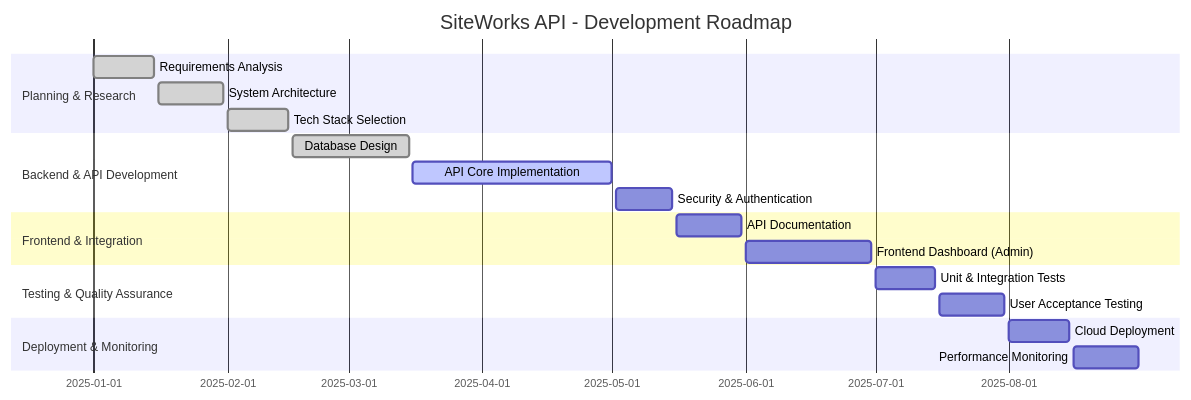
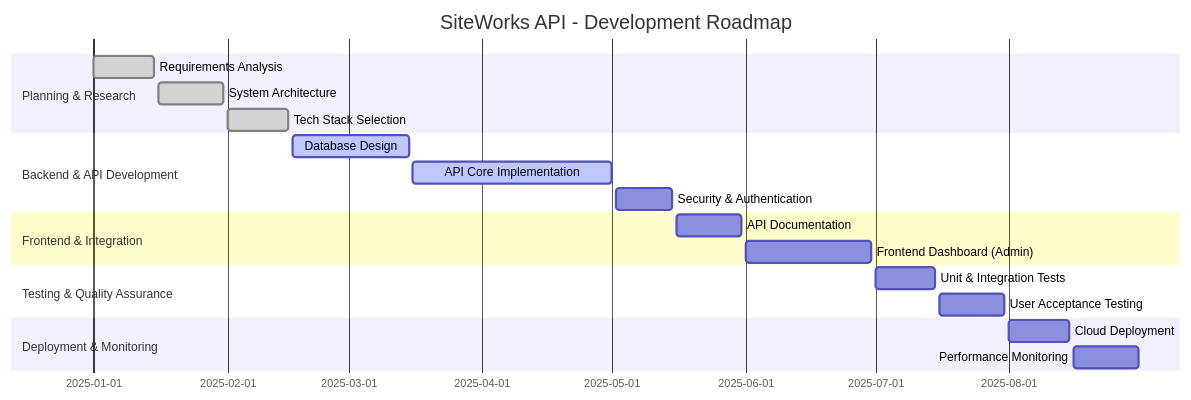
One commit to rui202212/siteworks-api-docs changed the diagram in docs/system-docs/roadmap.md. Above: the diagram before and after it, drawn with Mermaid. The commit also changed other lines of this file, not shown here.

````diff
--- a/docs/system-docs/roadmap.md
+++ b/docs/system-docs/roadmap.md
@@ -19,26 +19,26 @@
 ```mermaid
 gantt
     title SiteWorks API - Development Roadmap
     dateFormat  YYYY-MM-DD
     section Planning & Research
     Requirements Analysis      :done, 2025-01-01, 2025-01-15
     System Architecture        :done, 2025-01-16, 2025-01-31
     Tech Stack Selection       :done, 2025-02-01, 2025-02-15
 
     section Backend & API Development
-    Database Design            :done, 2025-02-16, 2025-03-15
+    Database Design            :active, 2025-02-16, 2025-03-15
     API Core Implementation    :active, 2025-03-16, 2025-05-01
     Security & Authentication  :2025-05-02, 2025-05-15
 
     section Frontend & Integration
     API Documentation          :2025-05-16, 2025-05-31
     Frontend Dashboard (Admin) :2025-06-01, 2025-06-30
 
     section Testing & Quality Assurance
     Unit & Integration Tests   :2025-07-01, 2025-07-15
     User Acceptance Testing    :2025-07-16, 2025-07-31
 
     section Deployment & Monitoring
     Cloud Deployment           :2025-08-01, 2025-08-15
     Performance Monitoring     :2025-08-16, 2025-08-31
 ```
````
